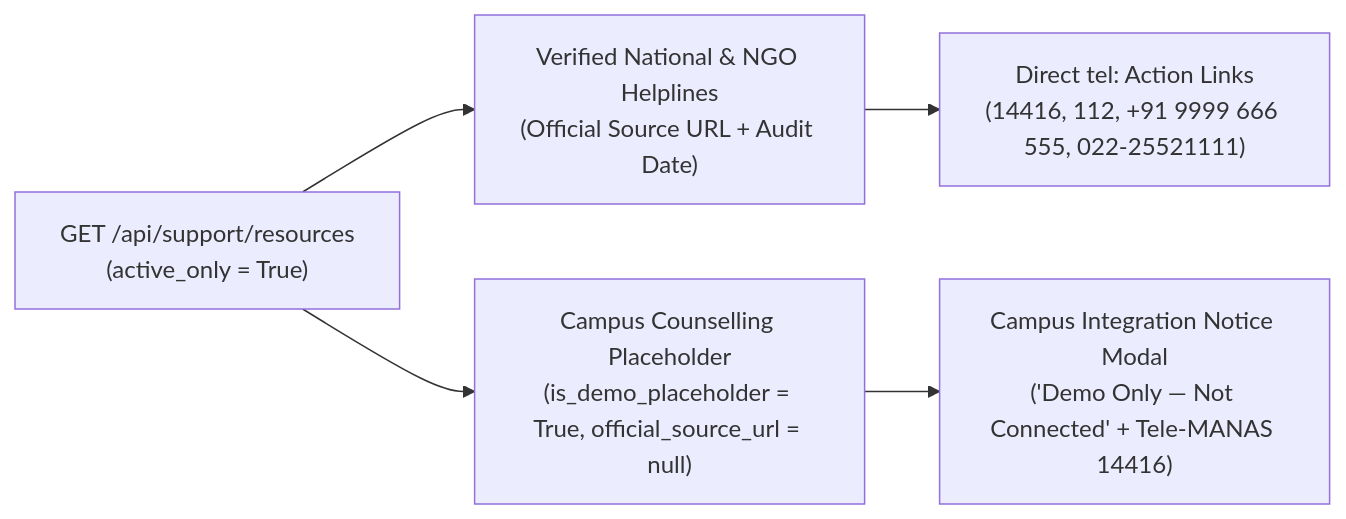
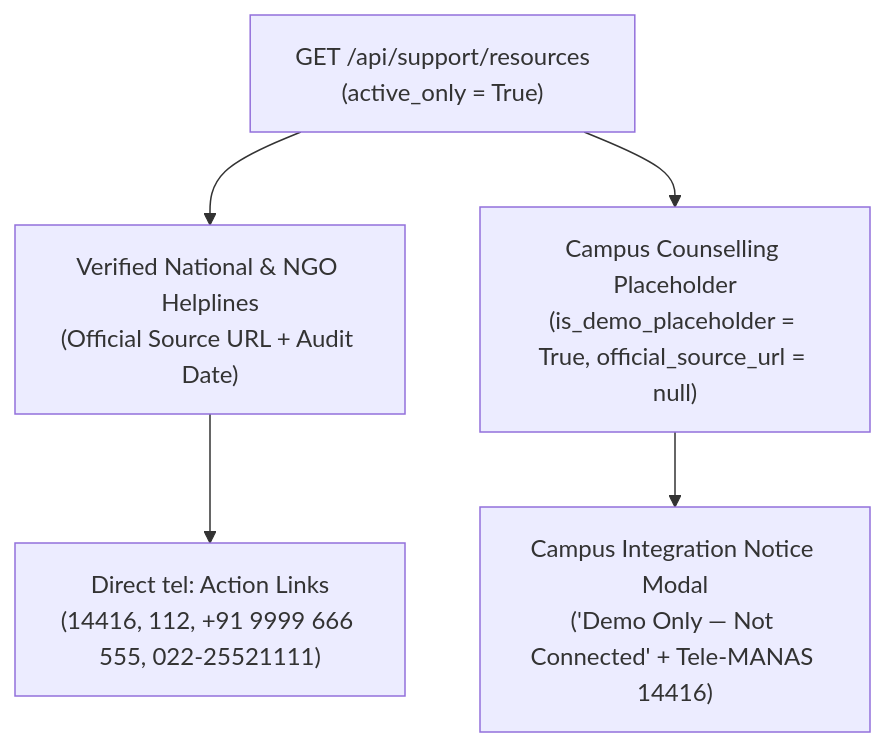
Before and after one commit to nikhi20-900/calmspace: the sixth of 7 diagrams in README.md, drawn with Mermaid. The commit also changed other lines of this file, not shown here.

Commit message:
docs(readme): address PR #38 review accuracy, demo scope, and mobile diagram layout

````diff
--- a/README.md
+++ b/README.md
@@ -283,7 +294,7 @@
 ```mermaid
-flowchart LR
+flowchart TD
     Dir["GET /api/support/resources<br/>(active_only = True)"] --> Official["Verified National & NGO Helplines<br/>(Official Source URL + Audit Date)"]
     Dir --> Demo["Campus Counselling Placeholder<br/>(is_demo_placeholder = True, official_source_url = null)"]
     Official --> Tel["Direct tel: Action Links<br/>(14416, 112, +91 9999 666 555, 022-25521111)"]
     Demo --> Modal["Campus Integration Notice Modal<br/>('Demo Only — Not Connected' + Tele-MANAS 14416)"]
 ```
````
